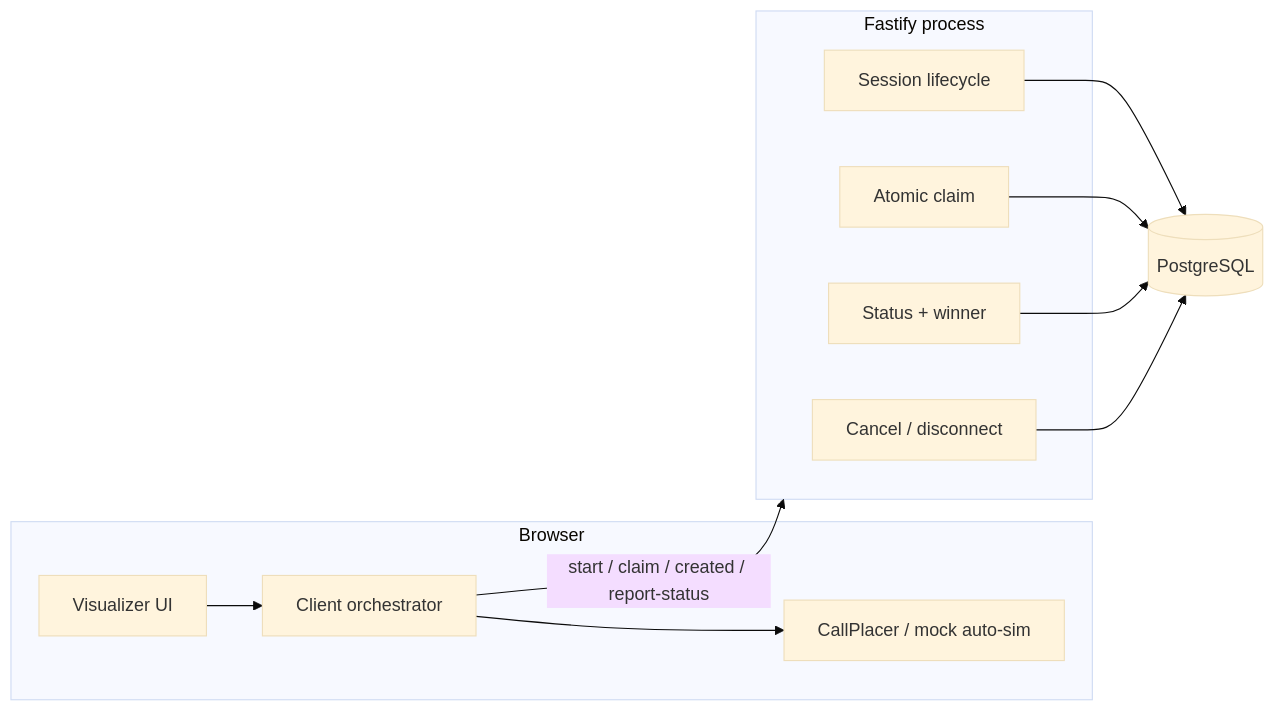
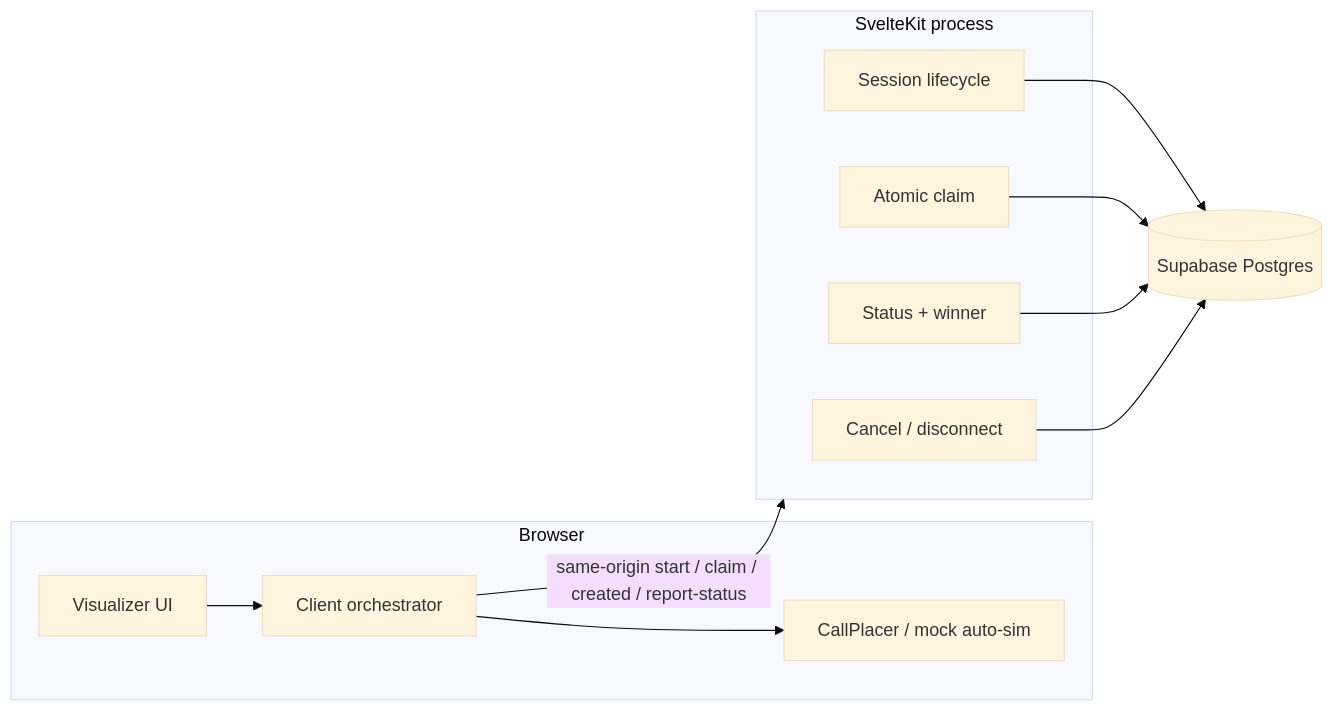
Before and after one commit to daniel-citrus/concurrent-outbound-dialer: the first of 9 diagrams in docs/ARCHITECTURE.md, drawn with Mermaid (base theme). The commit also changed other lines of this file and 5 other files, not shown here.

First line of the commit message:
Document the SvelteKit/Supabase target architecture and squash dialer migrations into a single schema baseline.

````diff
--- a/docs/ARCHITECTURE.md
+++ b/docs/ARCHITECTURE.md
@@ -100,22 +103,22 @@
 ```mermaid
 flowchart LR
   subgraph browser [Browser]
     UI[Visualizer UI]
     Orch[Client orchestrator]
     Place[CallPlacer / mock auto-sim]
     UI --> Orch
     Orch --> Place
   end
-  subgraph api [Fastify process]
+  subgraph kit [SvelteKit process]
     Life[Session lifecycle]
     Claim[Atomic claim]
     Status[Status + winner]
     Cancel[Cancel / disconnect]
   end
-  PG[(PostgreSQL)]
-  Orch -->|start / claim / created / report-status| api
-  Life --> PG
-  Claim --> PG
-  Status --> PG
-  Cancel --> PG
+  SB[(Supabase Postgres)]
+  Orch -->|same-origin start / claim / created / report-status| kit
+  Life --> SB
+  Claim --> SB
+  Status --> SB
+  Cancel --> SB
 ```
````
